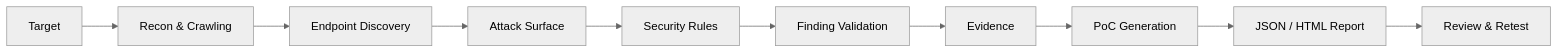
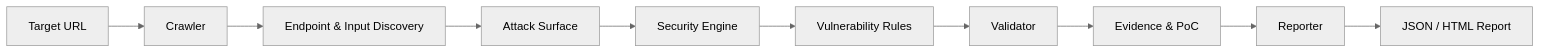
Before and after one commit to CalculusGuy/SUDARSHAN: the diagram in README.md, drawn with Mermaid (neutral theme). The commit also changed other lines of this file, not shown here.

````diff
--- a/README.md
+++ b/README.md
@@ -41,12 +30,12 @@
 ```mermaid
 flowchart LR
-    A[Target] --> B[Recon & Crawling]
-    B --> C[Endpoint Discovery]
+    A[Target URL] --> B[Crawler]
+    B --> C[Endpoint & Input Discovery]
     C --> D[Attack Surface]
-    D --> E[Security Rules]
-    E --> F[Finding Validation]
-    F --> G[Evidence]
-    G --> H[PoC Generation]
-    H --> I[JSON / HTML Report]
-    I --> J[Review & Retest]
+    D --> E[Security Engine]
+    E --> F[Vulnerability Rules]
+    F --> G[Validator]
+    G --> H[Evidence & PoC]
+    H --> I[Reporter]
+    I --> J[JSON / HTML Report]
 ```
````
